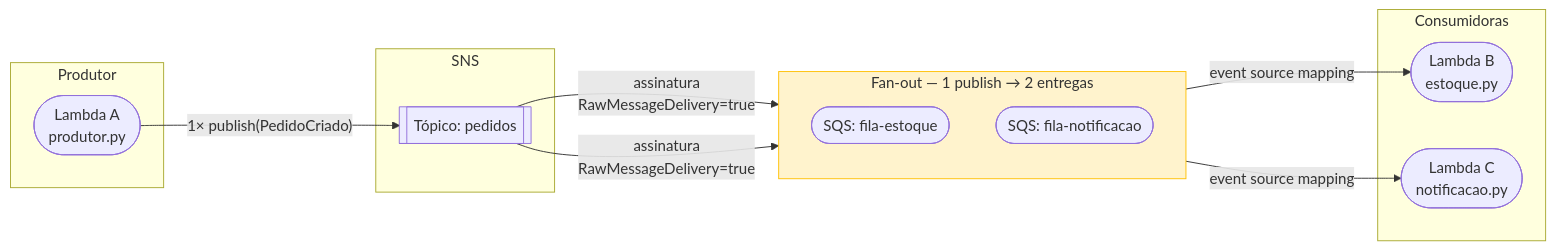
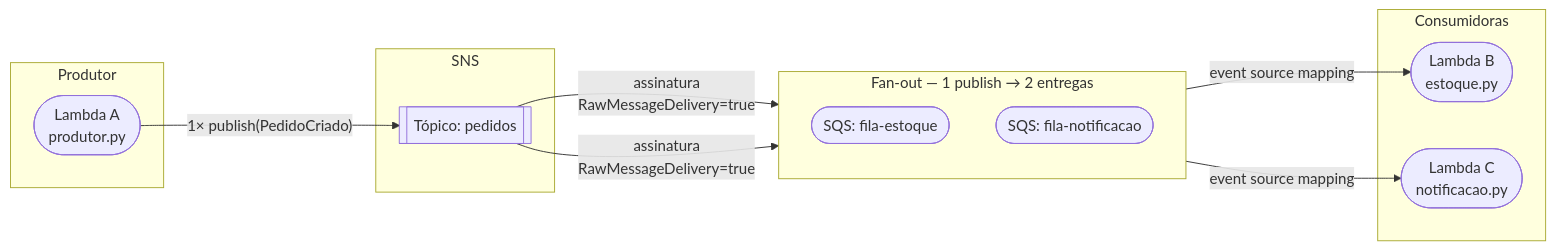
Before and after one commit to aulas-marco/serverless-event-driven: the second of 4 diagrams in docs/architecture/README.md, drawn with Mermaid. The commit also changed 7 other files, not shown here.

````diff
--- a/docs/architecture/README.md
+++ b/docs/architecture/README.md
@@ -25,29 +25,27 @@
 ```mermaid
 flowchart LR
     subgraph Produtor
         A([Lambda A\nprodutor.py])
     end
 
     subgraph SNS
         T[[Tópico: pedidos]]
     end
 
     subgraph Fan-out["Fan-out — 1 publish → 2 entregas"]
         direction TB
         Q1([SQS: fila-estoque])
         Q2([SQS: fila-notificacao])
     end
 
     subgraph Consumidoras
         B([Lambda B\nestoque.py])
         C([Lambda C\nnotificacao.py])
     end
 
     A -- "1× publish(PedidoCriado)" --> T
     T -- "assinatura\nRawMessageDelivery=true" --> Q1
     T -- "assinatura\nRawMessageDelivery=true" --> Q2
     Q1 -- "event source mapping" --> B
     Q2 -- "event source mapping" --> C
-
-    style Fan-out fill:#fff3cd,stroke:#ffc107
 ```
````
